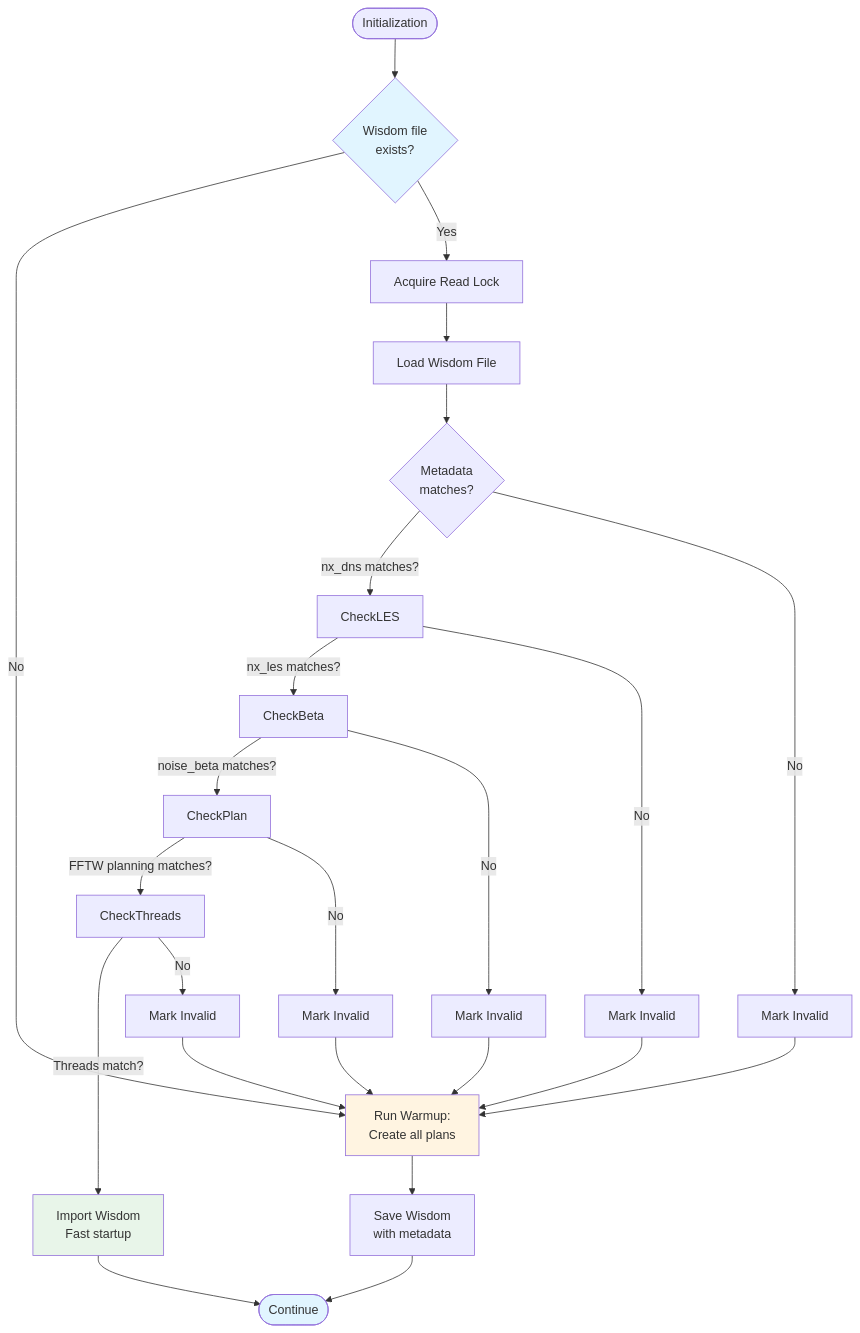
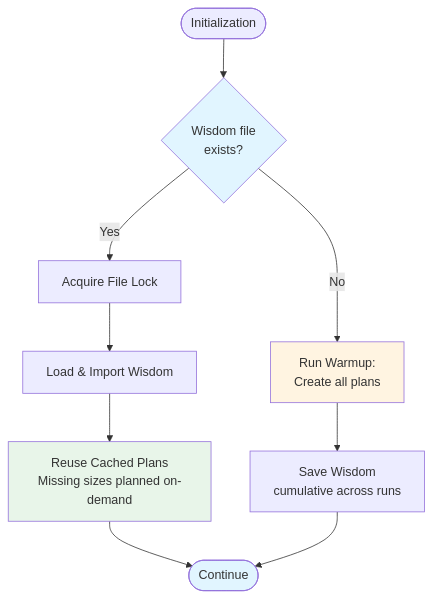
One commit to jeremygibbs/pyburgers changed the sixth of 7 diagrams in docs/architecture.md. Above: the diagram before and after it, drawn with Mermaid. The commit also changed other lines of this file, not shown here.

Commit message:
Fix stale Smagorinsky constant, method names, and wisdom diagram in architecture docs

````diff
--- a/docs/architecture.md
+++ b/docs/architecture.md
@@ -271,41 +271,20 @@
 ```mermaid
 flowchart TD
     Start([Initialization]) --> CheckFile{Wisdom file<br/>exists?}
 
     CheckFile -->|No| Warmup[Run Warmup:<br/>Create all plans]
-    CheckFile -->|Yes| Lock[Acquire Read Lock]
+    CheckFile -->|Yes| Lock[Acquire File Lock]
 
-    Lock --> Load[Load Wisdom File]
-    Load --> CheckMeta{Metadata<br/>matches?}
+    Lock --> Load[Load & Import Wisdom]
+    Load --> Import[Reuse Cached Plans<br/>Missing sizes planned on-demand]
 
-    CheckMeta -->|nx_dns matches?| CheckLES
-    CheckMeta -->|No| Invalid1[Mark Invalid]
+    Import --> Continue([Continue])
 
-    CheckLES -->|nx_les matches?| CheckBeta
-    CheckLES -->|No| Invalid2[Mark Invalid]
-
-    CheckBeta -->|noise_beta matches?| CheckPlan
-    CheckBeta -->|No| Invalid3[Mark Invalid]
-
-    CheckPlan -->|FFTW planning matches?| CheckThreads
-    CheckPlan -->|No| Invalid4[Mark Invalid]
-
-    CheckThreads -->|Threads match?| Import
-    CheckThreads -->|No| Invalid5[Mark Invalid]
-
-    Invalid1 --> Warmup
-    Invalid2 --> Warmup
-    Invalid3 --> Warmup
-    Invalid4 --> Warmup
-    Invalid5 --> Warmup
-
-    Import[Import Wisdom<br/>Fast startup] --> Continue([Continue])
-
-    Warmup --> Save[Save Wisdom<br/>with metadata]
+    Warmup --> Save[Save Wisdom<br/>cumulative across runs]
     Save --> Continue
 
     style CheckFile fill:#e1f5ff
     style Import fill:#e8f5e9
     style Warmup fill:#fff4e1
     style Continue fill:#e1f5ff
 ```
````
